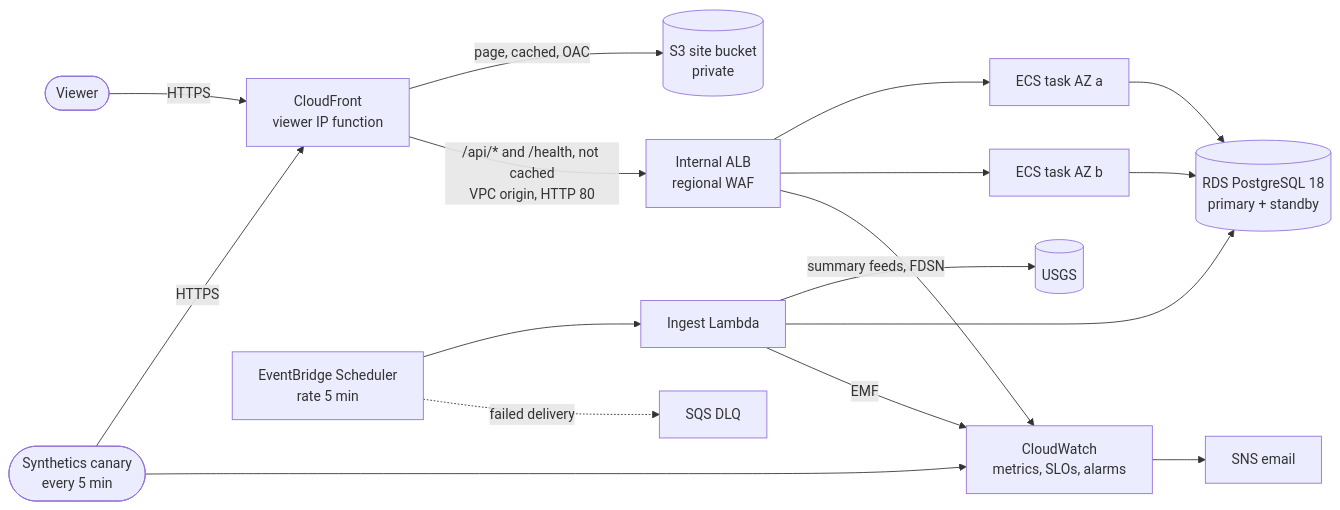
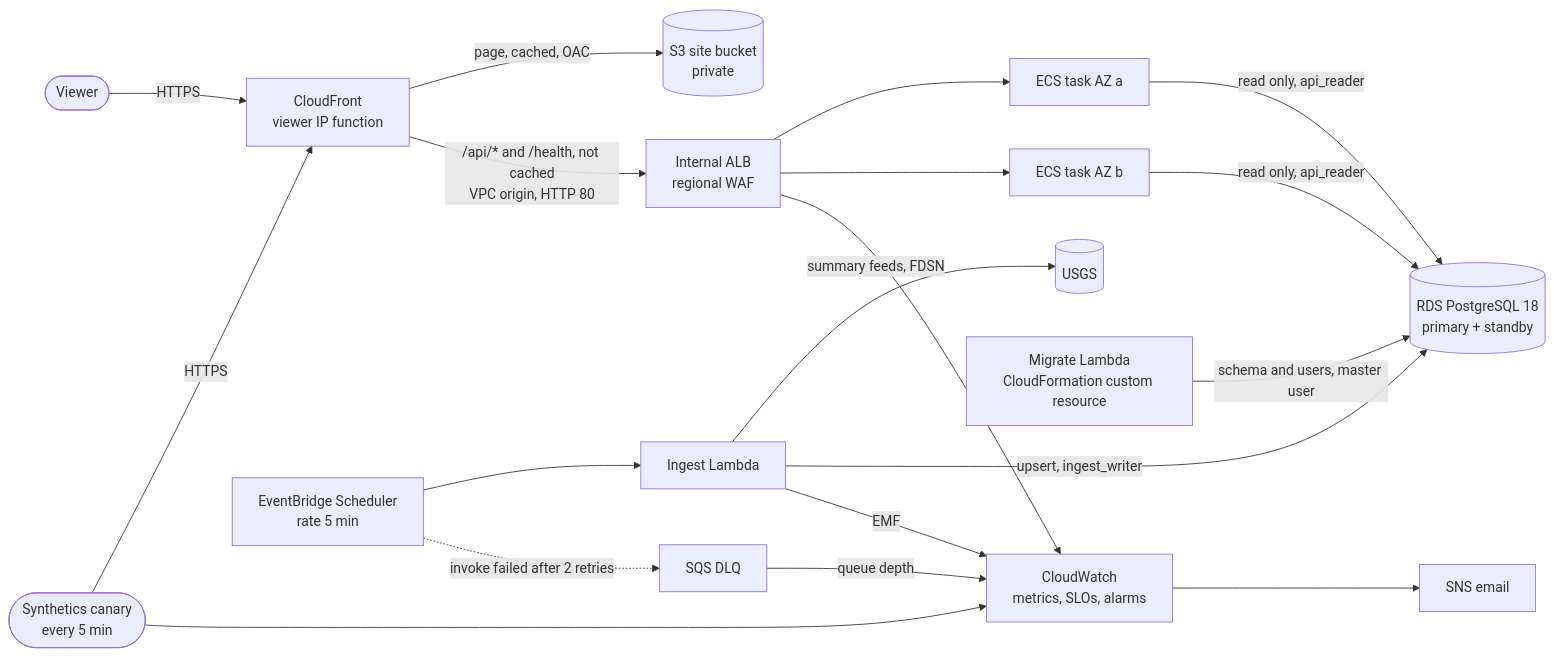
The first of 2 diagrams in docs/architecture.md (bjtabo/global-earthquake-monitoring), drawn with Mermaid before and after one commit.

Commit message:
docs: label database users and DLQ path in the architecture diagram

````diff
--- a/docs/architecture.md
+++ b/docs/architecture.md
@@ -17,19 +17,21 @@
 ```mermaid
 flowchart LR
   viewer([Viewer]) -->|HTTPS| cf[CloudFront<br/>viewer IP function]
   canary([Synthetics canary<br/>every 5 min]) -->|HTTPS| cf
   cf -->|page, cached, OAC| s3[(S3 site bucket<br/>private)]
   cf -->|/api/* and /health, not cached<br/>VPC origin, HTTP 80| alb[Internal ALB<br/>regional WAF]
   alb --> t1[ECS task AZ a]
   alb --> t2[ECS task AZ b]
-  t1 --> rds[(RDS PostgreSQL 18<br/>primary + standby)]
-  t2 --> rds
+  t1 -->|read only, api_reader| rds[(RDS PostgreSQL 18<br/>primary + standby)]
+  t2 -->|read only, api_reader| rds
   sched[EventBridge Scheduler<br/>rate 5 min] --> ingest[Ingest Lambda]
   ingest -->|summary feeds, FDSN| usgs[(USGS)]
-  ingest --> rds
-  sched -.->|failed delivery| dlq[SQS DLQ]
+  ingest -->|upsert, ingest_writer| rds
+  migrate[Migrate Lambda<br/>CloudFormation custom resource] -->|schema and users, master user| rds
+  sched -.->|invoke failed after 2 retries| dlq[SQS DLQ]
   ingest -->|EMF| cw[CloudWatch<br/>metrics, SLOs, alarms]
   alb --> cw
   canary --> cw
+  dlq -->|queue depth| cw
   cw --> sns[SNS email]
 ```
````
